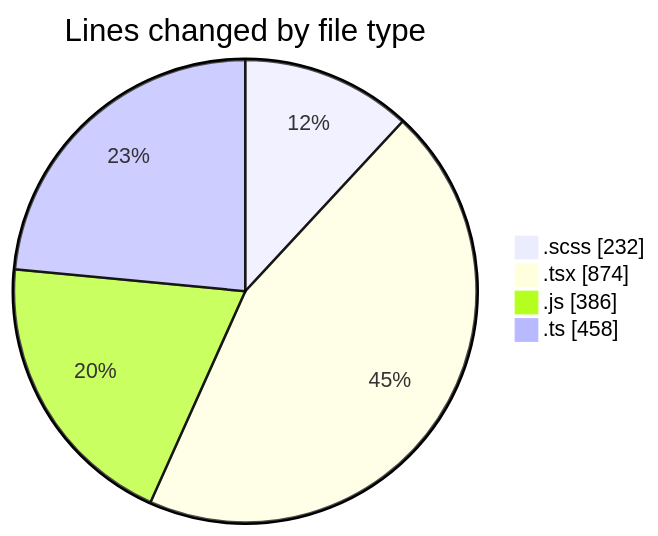
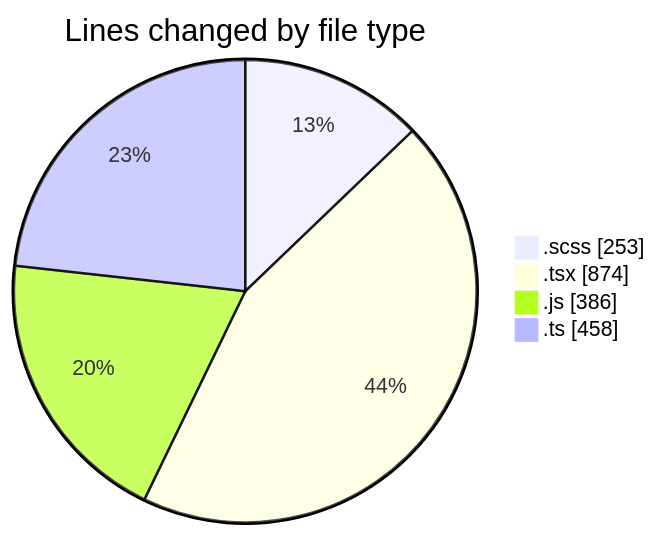
Before and after one commit to momahboobian/code-tracking: the first of 2 diagrams in 2025-03-14/cda/README.md, drawn with Mermaid. The commit also changed other lines of this file and 1 other file, not shown here.

````diff
--- a/2025-03-14/cda/README.md
+++ b/2025-03-14/cda/README.md
@@ -34,8 +34,8 @@
 ```mermaid
 pie showData
 title Lines changed by file type
-".scss" : 232
+".scss" : 253
 ".tsx" : 874
 ".js" : 386
 ".ts" : 458
 ```
````
